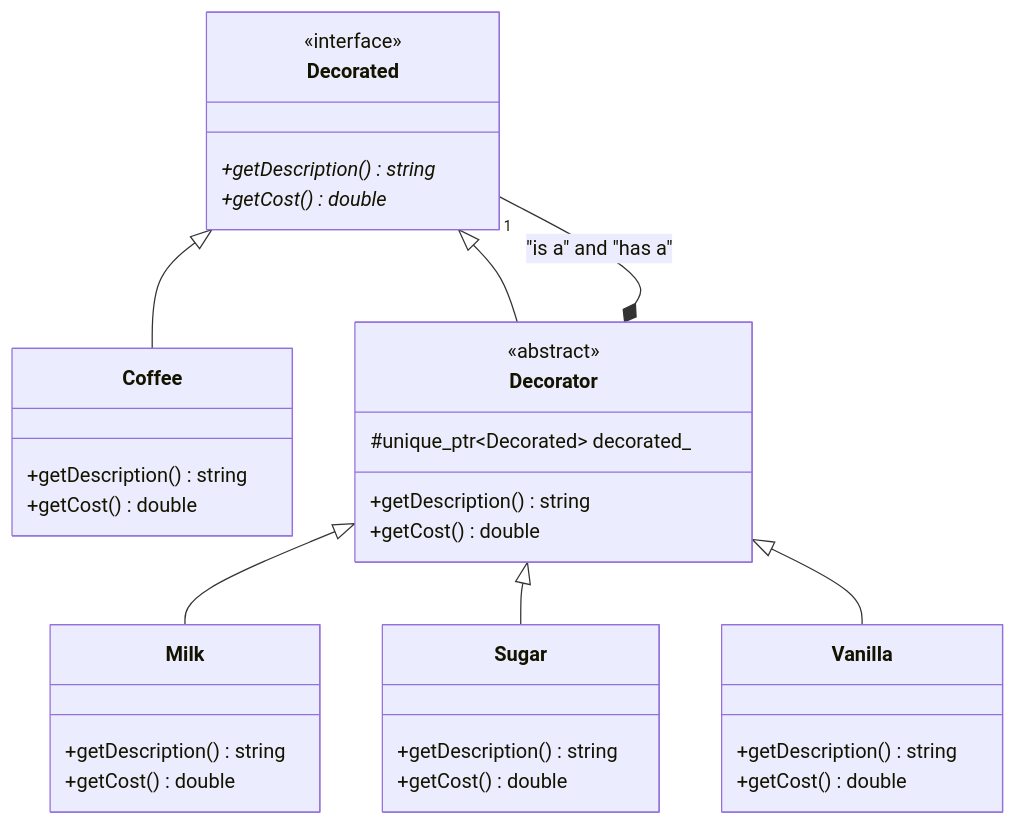
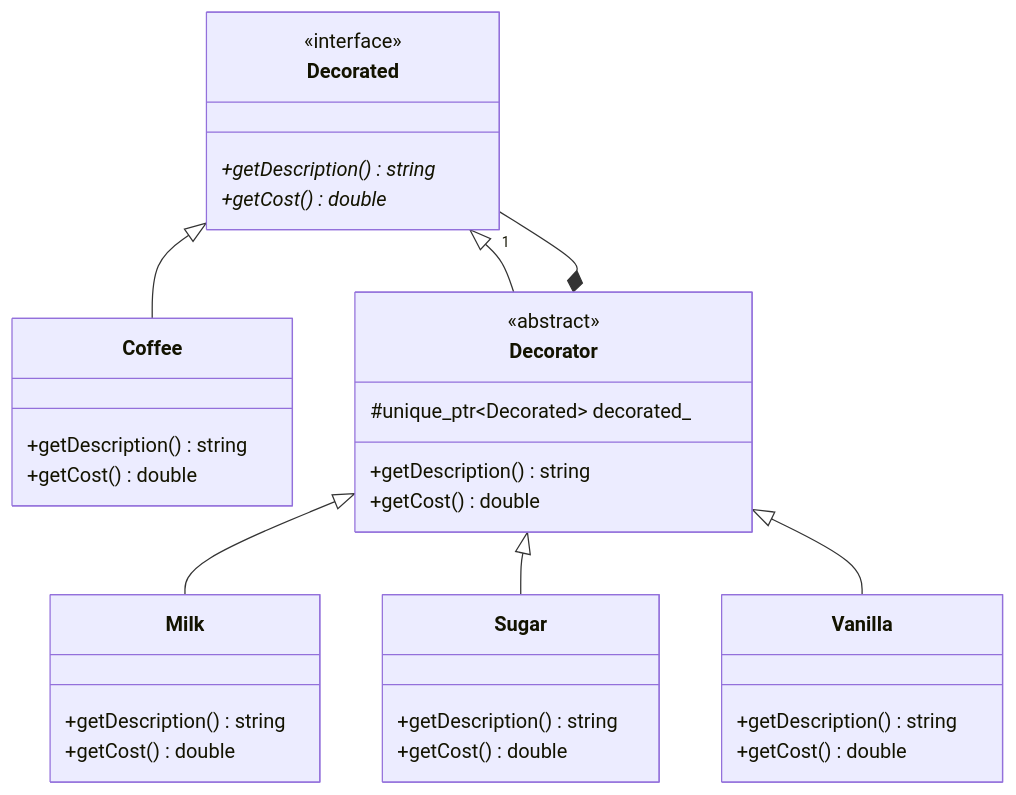
The diagram in 11_Decorator/Simple/diagram.md (Cichlidfishexigency721/Modern-CPP-Design-Patterns), drawn with Mermaid before and after one commit. The commit also changed 1 other file, not shown here.

````diff
--- a/11_Decorator/Simple/diagram.md
+++ b/11_Decorator/Simple/diagram.md
@@ -3,45 +3,45 @@
 ```mermaid
 classDiagram
    class Decorated {
       <<interface>>
       +getDescription()* string
       +getCost()* double
    }
 
    class Coffee {
       +getDescription() string
       +getCost() double
    }
 
    class Decorator {
       <<abstract>>
       #unique_ptr~Decorated~ decorated_
       +getDescription() string
       +getCost() double
    }
 
    class Milk {
       +getDescription() string
       +getCost() double
    }
 
    class Sugar {
       +getDescription() string
       +getCost() double
    }
 
    class Vanilla {
       +getDescription() string
       +getCost() double
    }
 
    %% Inheritance (Is_a)
    Decorated <|-- Coffee
    Decorated <|-- Decorator
    Decorator <|-- Milk
    Decorator <|-- Sugar
    Decorator <|-- Vanilla
 
    %% Composition (Has_a) - Multiplicity "1" at the end
-   Decorator *-- "1" Decorated : "is a" and "has a"
+   Decorator *-- "1" Decorated
 ```
````
